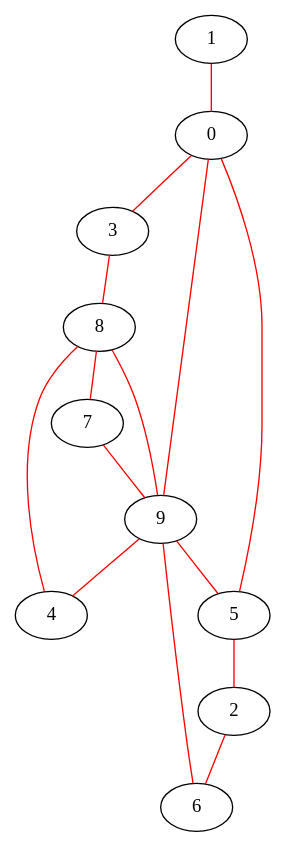
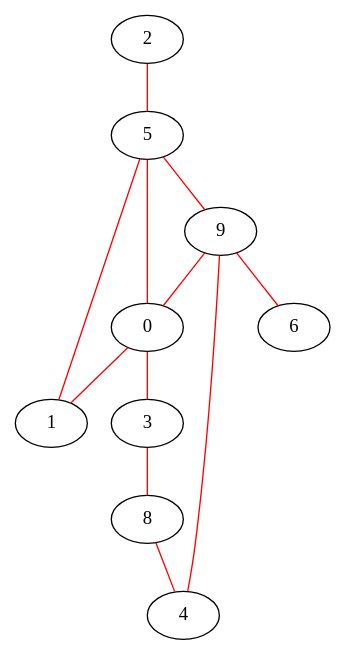
One commit to amitkvikram/CS2100 changed the diagram in week4b/Egraph_2new.dot. Above: the diagram before and after it, drawn with Graphviz. The commit also changed 12 other files, not shown here.

```diff
--- a/week4b/Egraph_2new.dot
+++ b/week4b/Egraph_2new.dot
@@ -1,17 +1,14 @@
 graph Egraph_2{
-	1 -- 0[color=red];
+	2 -- 5[color=red];
+	5 -- 9[color=red];
+	9 -- 0[color=red];
+	0 -- 1[color=red];
+	1 -- 5[color=red];
+	5 -- 0[color=red];
 	0 -- 3[color=red];
 	3 -- 8[color=red];
-	8 -- 9[color=red];
-	9 -- 0[color=red];
-	0 -- 5[color=red];
-	5 -- 2[color=red];
-	2 -- 6[color=red];
-	6 -- 9[color=red];
-	9 -- 4[color=red];
-	4 -- 8[color=red];
-	8 -- 7[color=red];
-	7 -- 9[color=red];
-	9 -- 5[color=red];
+	8 -- 4[color=red];
+	4 -- 9[color=red];
+	9 -- 6[color=red];
 	9
 }
```
